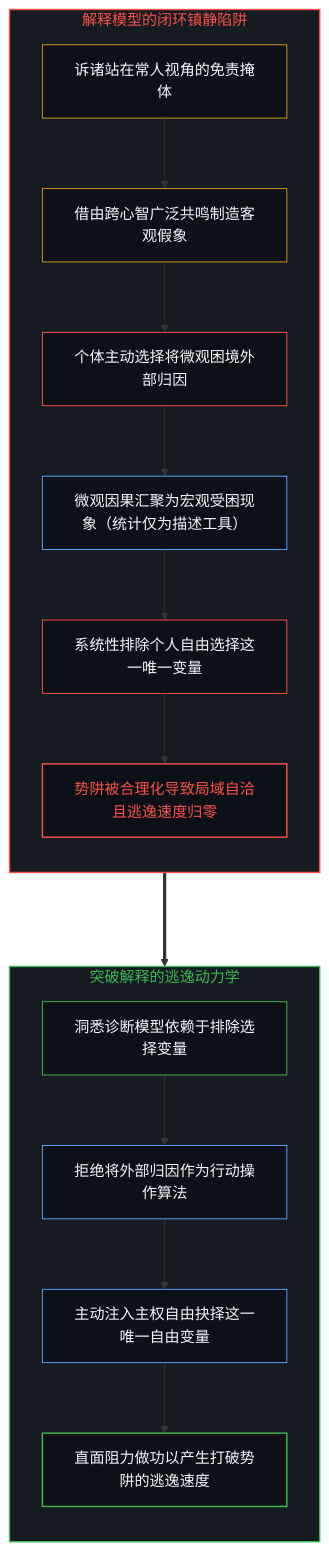
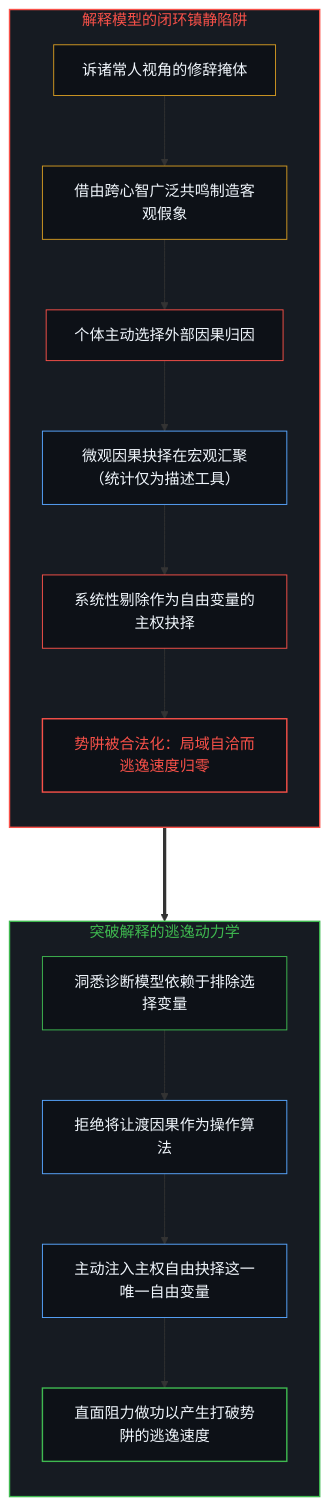
Before and after one commit to powerpig99/not-a-toe: the first of 10 diagrams in content/posts/the-explanatory-trap-of-the-ordinary-perspective.md, drawn with Mermaid. The commit also changed other lines of this file and 4 other files, not shown here.

````diff
--- a/content/posts/the-explanatory-trap-of-the-ordinary-perspective.md
+++ b/content/posts/the-explanatory-trap-of-the-ordinary-perspective.md
@@ -17,30 +17,30 @@
 ```mermaid
 flowchart TD
     subgraph S_ExplanatorySedative ["解释模型的闭环镇静陷阱"]
         direction TB
-        E_Trope["诉诸站在常人视角的免责掩体"] --> E_Resonance["借由跨心智广泛共鸣制造客观假象"]
-        E_Resonance --> E_Attribution["个体主动选择将微观困境外部归因"]
-        E_Attribution --> E_Macro["微观因果汇聚为宏观受困现象（统计仅为描述工具）"]
-        E_Macro --> E_Filter["系统性排除个人自由选择这一唯一变量"]
-        E_Filter --> E_Lock["势阱被合理化导致局域自洽且逃逸速度归零"]
+        E_Trope["诉诸常人视角的修辞掩体"] --> E_Resonance["借由跨心智广泛共鸣制造客观假象"]
+        E_Resonance --> E_Attribution["个体主动选择外部因果归因"]
+        E_Attribution --> E_Macro["微观因果抉择在宏观汇聚（统计仅为描述工具）"]
+        E_Macro --> E_Filter["系统性剔除作为自由变量的主权抉择"]
+        E_Filter --> E_Lock["势阱被合法化：局域自洽而逃逸速度归零"]
     end
     subgraph S_EscapeBreakthrough ["突破解释的逃逸动力学"]
         direction TB
-        B_Recognize["洞悉诊断模型依赖于排除选择变量"] --> B_Refuse["拒绝将外部归因作为行动操作算法"]
+        B_Recognize["洞悉诊断模型依赖于排除选择变量"] --> B_Refuse["拒绝将让渡因果作为操作算法"]
         B_Refuse --> B_Inject["主动注入主权自由抉择这一唯一自由变量"]
         B_Inject --> B_Thrust["直面阻力做功以产生打破势阱的逃逸速度"]
     end
     E_Lock ===> B_Recognize
     style S_ExplanatorySedative fill:#161b22,stroke:#f85149,stroke-width:1.5px,color:#f85149
     style S_EscapeBreakthrough fill:#161b22,stroke:#3fb950,stroke-width:1.5px,color:#3fb950
     style E_Trope fill:#0d1117,stroke:#d29922,stroke-width:1px,color:#f0f6fc
     style E_Resonance fill:#0d1117,stroke:#d29922,stroke-width:1px,color:#f0f6fc
     style E_Attribution fill:#0d1117,stroke:#f85149,stroke-width:1px,color:#f0f6fc
     style E_Macro fill:#0d1117,stroke:#58a6ff,stroke-width:1px,color:#f0f6fc
     style E_Filter fill:#0d1117,stroke:#f85149,stroke-width:1px,color:#f0f6fc
     style E_Lock fill:#0d1117,stroke:#f85149,stroke-width:1.5px,color:#f85149
     style B_Recognize fill:#0d1117,stroke:#3fb950,stroke-width:1px,color:#f0f6fc
     style B_Refuse fill:#0d1117,stroke:#58a6ff,stroke-width:1px,color:#f0f6fc
     style B_Inject fill:#0d1117,stroke:#58a6ff,stroke-width:1px,color:#f0f6fc
     style B_Thrust fill:#0d1117,stroke:#3fb950,stroke-width:1.5px,color:#f0f6fc
 ```
````
